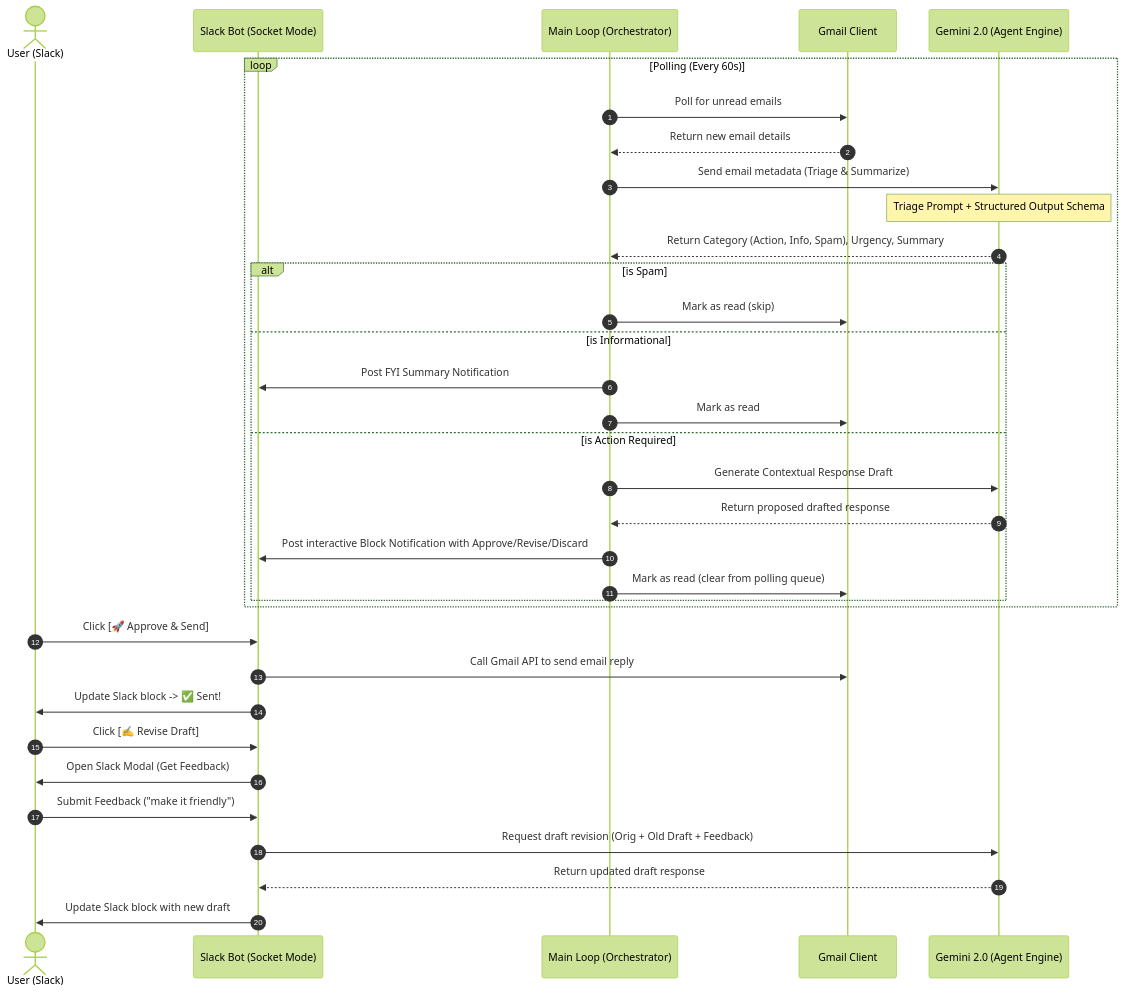
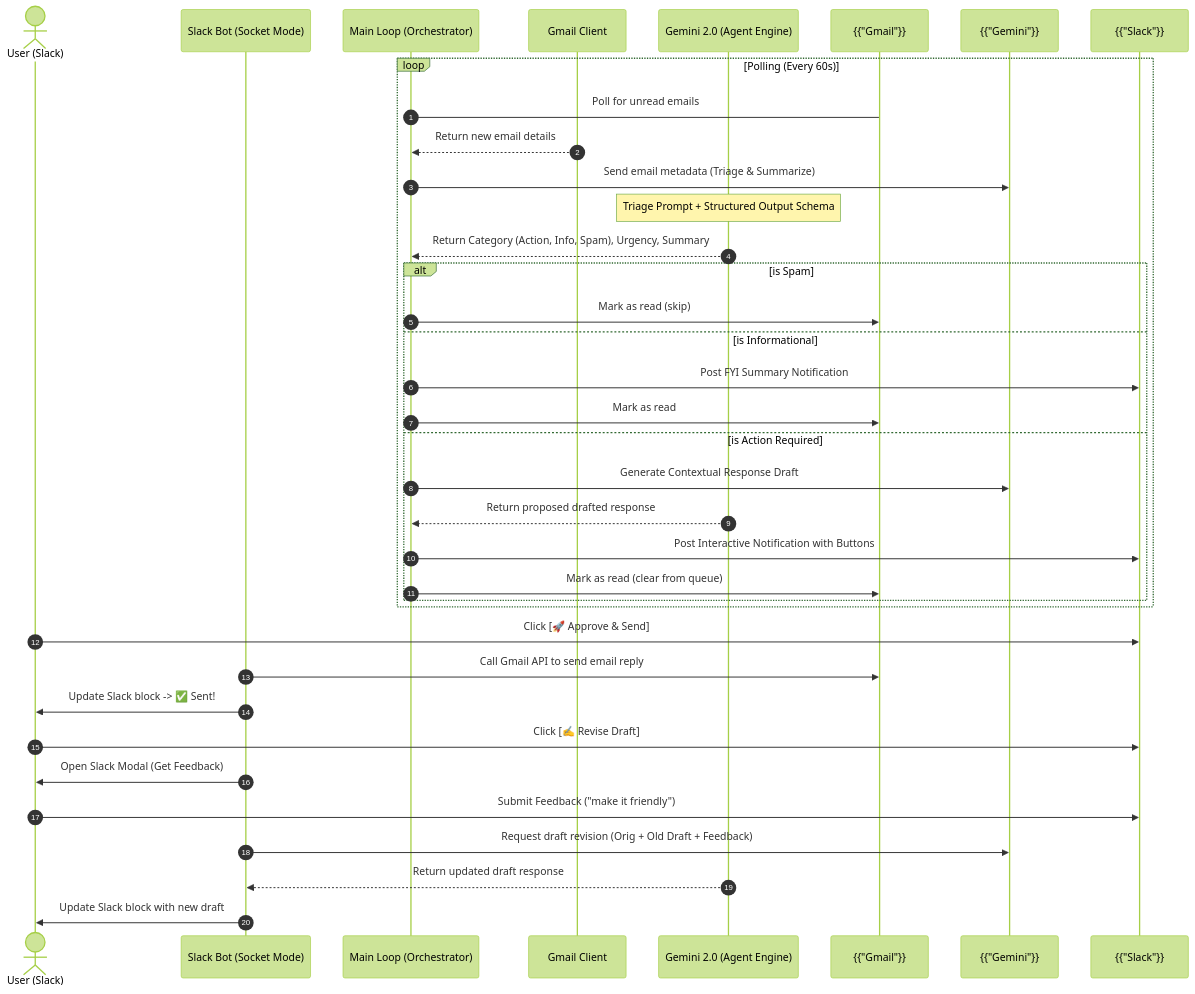
One commit to Quantumboy80/gmail-slack-agent changed the second of 2 diagrams in README.md. Above: the diagram before and after it, drawn with Mermaid (forest theme). The commit also changed other lines of this file and 1 other file, not shown here.

Commit message:
docs: add excalidraw architecture diagram and restore flowchart

````diff
--- a/README.md
+++ b/README.md
@@ -22,41 +53,41 @@
 ```mermaid
 sequenceDiagram
     autonumber
     actor User as User (Slack)
     participant SlackApp as Slack Bot (Socket Mode)
     participant Main as Main Loop (Orchestrator)
     participant Gmail as Gmail Client
     participant AI as Gemini 2.0 (Agent Engine)
 
     loop Polling (Every 60s)
-        Main->>Gmail: Poll for unread emails
+        Main->{{"Gmail"}}: Poll for unread emails
         Gmail-->>Main: Return new email details
         
-        Main->>AI: Send email metadata (Triage & Summarize)
+        Main->>{{"Gemini"}}: Send email metadata (Triage & Summarize)
         Note over AI: Triage Prompt + Structured Output Schema
         AI-->>Main: Return Category (Action, Info, Spam), Urgency, Summary
         
         alt is Spam
-            Main->>Gmail: Mark as read (skip)
+            Main->>{{"Gmail"}}: Mark as read (skip)
         else is Informational
-            Main->>SlackApp: Post FYI Summary Notification
-            Main->>Gmail: Mark as read
+            Main->>{{"Slack"}}: Post FYI Summary Notification
+            Main->>{{"Gmail"}}: Mark as read
         else is Action Required
-            Main->>AI: Generate Contextual Response Draft
+            Main->>{{"Gemini"}}: Generate Contextual Response Draft
             AI-->>Main: Return proposed drafted response
-            Main->>SlackApp: Post interactive Block Notification with Approve/Revise/Discard
-            Main->>Gmail: Mark as read (clear from polling queue)
+            Main->>{{"Slack"}}: Post Interactive Notification with Buttons
+            Main->>{{"Gmail"}}: Mark as read (clear from queue)
         end
     end
 
-    User->>SlackApp: Click [🚀 Approve & Send]
-    SlackApp->>Gmail: Call Gmail API to send email reply
+    User->>{{"Slack"}}: Click [🚀 Approve & Send]
+    SlackApp->>{{"Gmail"}}: Call Gmail API to send email reply
     SlackApp->>User: Update Slack block -> ✅ Sent!
 
-    User->>SlackApp: Click [✍️ Revise Draft]
+    User->>{{"Slack"}}: Click [✍️ Revise Draft]
     SlackApp->>User: Open Slack Modal (Get Feedback)
-    User->>SlackApp: Submit Feedback ("make it friendly")
-    SlackApp->>AI: Request draft revision (Orig + Old Draft + Feedback)
+    User->>{{"Slack"}}: Submit Feedback ("make it friendly")
+    SlackApp->>{{"Gemini"}}: Request draft revision (Orig + Old Draft + Feedback)
     AI-->>SlackApp: Return updated draft response
     SlackApp->>User: Update Slack block with new draft
 ```
````
